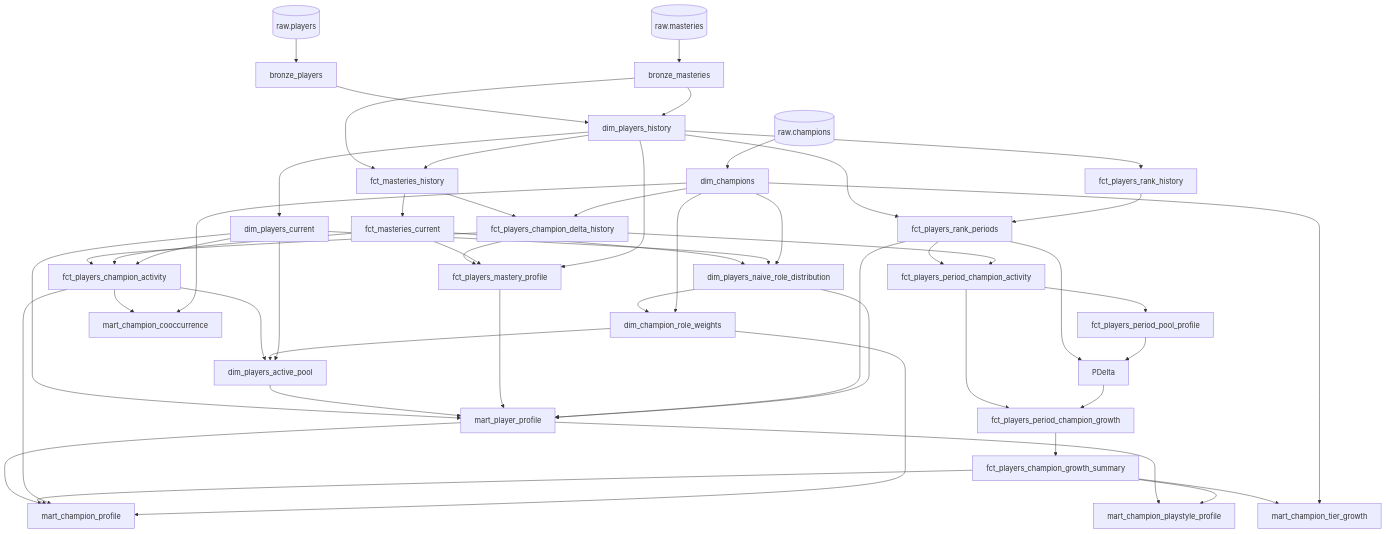
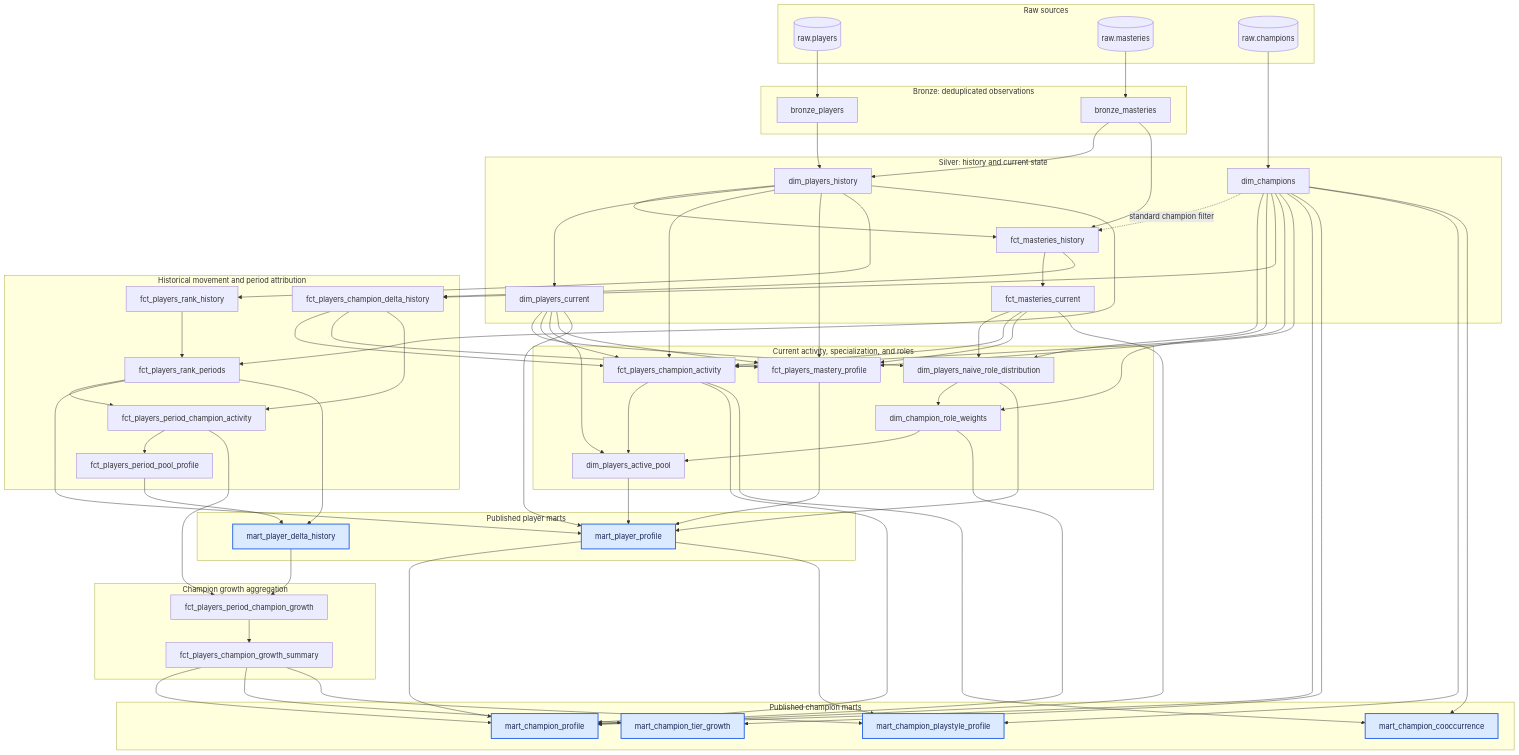
The second of 2 diagrams in league_pipeline/docs/model_reference.md (Pedro-Iaki/league-specialization-etl), drawn with Mermaid before and after one commit. The commit also changed other lines of this file and 3 other files, not shown here.

````diff
--- a/league_pipeline/docs/model_reference.md
+++ b/league_pipeline/docs/model_reference.md
@@ -27,66 +132,91 @@
 ```mermaid
-flowchart TD
-    RP[(raw.players)] --> BP[bronze_players]
-    RM[(raw.masteries)] --> BM[bronze_masteries]
-    RC[(raw.champions)] --> DC[dim_champions]
+    flowchart TD
+    subgraph Sources["Raw sources"]
+        RP[("raw.players")]
+        RM[("raw.masteries")]
+        RC[("raw.champions")]
+    end
 
-    BP --> PH[dim_players_history]
-    BM --> PH
-    BM --> MH[fct_masteries_history]
-    PH --> MH
-    PH --> PC[dim_players_current]
-    MH --> MC[fct_masteries_current]
+    subgraph Bronze["Bronze: deduplicated observations"]
+        BP["bronze_players"]
+        BM["bronze_masteries"]
+    end
 
-    PH --> RH[fct_players_rank_history]
-    PH --> RPeriods[fct_players_rank_periods]
-    RH --> RPeriods
+    subgraph Canonical["Silver: history and current state"]
+        DC["dim_champions"]
+        PH["dim_players_history"]
+        PC["dim_players_current"]
+        MH["fct_masteries_history"]
+        MC["fct_masteries_current"]
+    end
 
-    MC --> NR[dim_players_naive_role_distribution]
-    PC --> NR
-    DC --> NR
-    NR --> CR[dim_champion_role_weights]
-    DC --> CR
+    subgraph Current["Current activity, specialization, and roles"]
+        NR["dim_players_naive_role_distribution"]
+        CR["dim_champion_role_weights"]
+        CA["fct_players_champion_activity"]
+        AP["dim_players_active_pool"]
+        MP["fct_players_mastery_profile"]
+    end
 
-    MH --> CD[fct_players_champion_delta_history]
-    DC --> CD
-    CD --> CA[fct_players_champion_activity]
-    MC --> CA
-    PC --> CA
+    subgraph Periods["Historical movement and period attribution"]
+        CD["fct_players_champion_delta_history"]
+        RH["fct_players_rank_history"]
+        RPeriods["fct_players_rank_periods"]
+        PCA["fct_players_period_champion_activity"]
+        PP["fct_players_period_pool_profile"]
+    end
 
-    CA --> AP[dim_players_active_pool]
-    CR --> AP
-    PC --> AP
+    subgraph PlayerMarts["Published player marts"]
+        PProfile["mart_player_profile"]
+        PDelta["mart_player_delta_history"]
+    end
 
-    CD --> MP[fct_players_mastery_profile]
-    MC --> MP
-    PH --> MP
+    subgraph Growth["Champion growth aggregation"]
+        PCGrowth["fct_players_period_champion_growth"]
+        PCSummary["fct_players_champion_growth_summary"]
+    end
 
-    RPeriods --> PCA[fct_players_period_champion_activity]
-    CD --> PCA
-    PCA --> PP[fct_players_period_pool_profile]
+    subgraph ChampionMarts["Published champion marts"]
+        CProfile["mart_champion_profile"]
+        CTier["mart_champion_tier_growth"]
+        CPStyle["mart_champion_playstyle_profile"]
+        Cooccur["mart_champion_cooccurrence"]
+    end
 
-    PC --> PProfile[mart_player_profile]
-    AP --> PProfile
-    MP --> PProfile
-    RPeriods --> PProfile
-    NR --> PProfile
+    RP --> BP
+    RM --> BM
+    RC --> DC
 
-    RPeriods --> PDelta
-    PP --> PDelta
-    PCA --> PCGrowth[fct_players_period_champion_growth]
-    PDelta --> PCGrowth
-    PCGrowth --> PCSummary[fct_players_champion_growth_summary]
+    BP & BM --> PH
+    BM & PH --> MH
+    DC -. "standard champion filter" .-> MH
+    PH --> PC
+    MH --> MC
 
-    PProfile --> CProfile[mart_champion_profile]
-    PCSummary --> CProfile
-    PCSummary --> CTier[mart_champion_tier_growth]
-    DC --> CTier
-    CA --> CProfile
-    CR --> CProfile
+    MC & PC & DC --> NR
+    NR & DC --> CR
 
-    PProfile --> CPStyle[mart_champion_playstyle_profile]
-    PCSummary --> CPStyle
+    MH & DC --> CD
+    PC & PH & MC & CD & DC --> CA
+    CA & CR & PC --> AP
+    PC & MC & DC & CD & PH --> MP
 
-    CA --> Cooccur[mart_champion_cooccurrence]
-    DC --> Cooccur
+    PH --> RH
+    PH & RH --> RPeriods
+    RPeriods & CD --> PCA
+    PCA --> PP
+
+    PC & AP & MP & RPeriods & NR --> PProfile
+    RPeriods & PP --> PDelta
+
+    PCA & PDelta --> PCGrowth
+    PCGrowth --> PCSummary
+
+    DC & CA & PProfile & PCSummary & MC & CR --> CProfile
+    PCSummary & DC --> CTier
+    PProfile & PCSummary & DC --> CPStyle
+    CA & DC --> Cooccur
+
+    classDef mart fill:#dbeafe,stroke:#2563eb,stroke-width:2px,color:#172554
+    class PProfile,PDelta,CProfile,CTier,CPStyle,Cooccur mart
 ```
````
